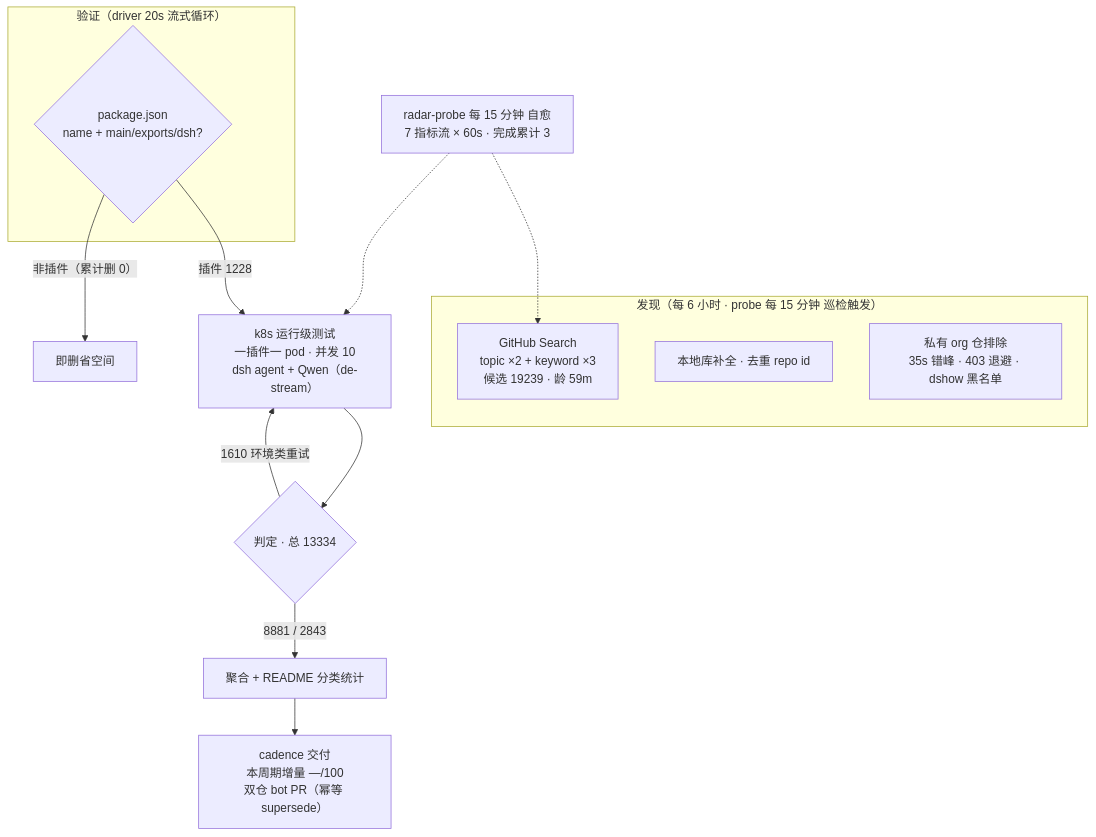
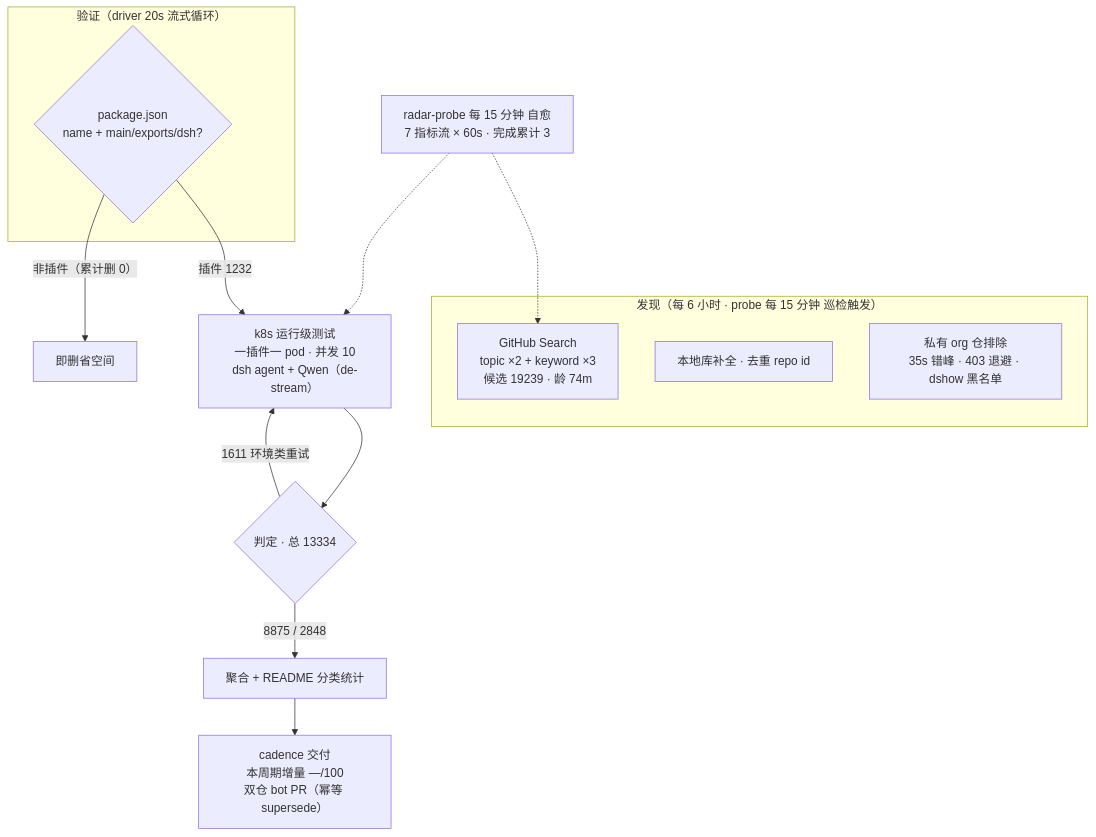
Before and after one commit to Zhidao-Lab-OSS/awesome-dsh-plugins: the diagram in README.md, drawn with Mermaid. The commit also changed other lines of this file and 1 other file, not shown here.

````diff
--- a/README.md
+++ b/README.md
@@ -56,20 +57,20 @@
 ```mermaid
 flowchart TB
     subgraph Discovery["发现（每 6 小时 · probe 每 15 分钟 巡检触发）"]
-        A1["GitHub Search<br/>topic ×2 + keyword ×3<br/>候选 19239 · 龄 59m"]
+        A1["GitHub Search<br/>topic ×2 + keyword ×3<br/>候选 19239 · 龄 74m"]
         A2["本地库补全 · 去重 repo id"]
         A3["私有 org 仓排除<br/>35s 错峰 · 403 退避 · dshow 黑名单"]
     end
     subgraph Validation["验证（driver 20s 流式循环）"]
         B1{"package.json<br/>name + main/exports/dsh?"}
     end
-    B1 -->|"插件 1228"| C1["k8s 运行级测试<br/>一插件一 pod · 并发 10<br/>dsh agent + Qwen（de-stream）"]
+    B1 -->|"插件 1232"| C1["k8s 运行级测试<br/>一插件一 pod · 并发 10<br/>dsh agent + Qwen（de-stream）"]
     B1 -->|"非插件（累计删 0）"| B3["即删省空间"]
     C1 --> D1{"判定 · 总 13334"}
-    D1 -->|"8881 / 2843"| E1["聚合 + README 分类统计"]
-    D1 -->|"1610 环境类重试"| C1
+    D1 -->|"8875 / 2848"| E1["聚合 + README 分类统计"]
+    D1 -->|"1611 环境类重试"| C1
     E1 --> E2["cadence 交付<br/>本周期增量 —/100<br/>双仓 bot PR（幂等 supersede）"]
     M["radar-probe 每 15 分钟 自愈<br/>7 指标流 × 60s · 完成累计 3"]
     M -.-> A1
     M -.-> C1
 ```
````
